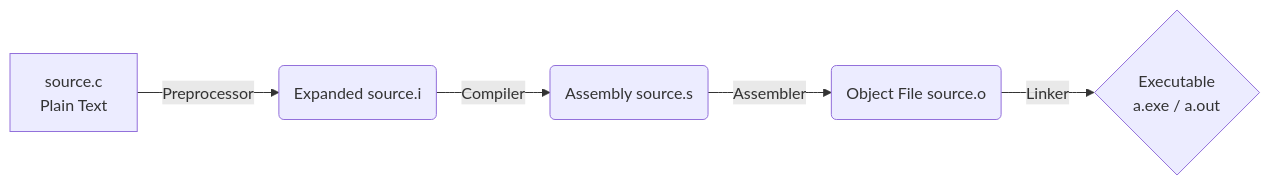
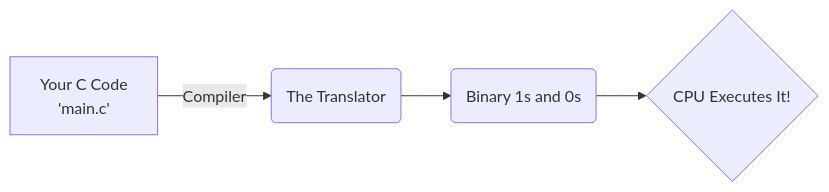
One commit to FBIopeningUPP/teach-her-everything changed the diagram in 01_Architecture_and_Compilation.md. Above: the diagram before and after it, drawn with Mermaid. The commit also changed other lines of this file and 10 other files, not shown here.

````diff
--- a/01_Architecture_and_Compilation.md
+++ b/01_Architecture_and_Compilation.md
@@ -13,7 +14,6 @@
 ```mermaid
 graph LR
-    A[source.c<br>Plain Text] -->|Preprocessor| B(Expanded source.i)
-    B -->|Compiler| C(Assembly source.s)
-    C -->|Assembler| D(Object File source.o)
-    D -->|Linker| E{Executable<br>a.exe / a.out}
+    A[Your C Code <br> 'main.c'] -->|Compiler| B(The Translator)
+    B --> C(Binary 1s and 0s)
+    C --> D{CPU Executes It!}
 ```
````
